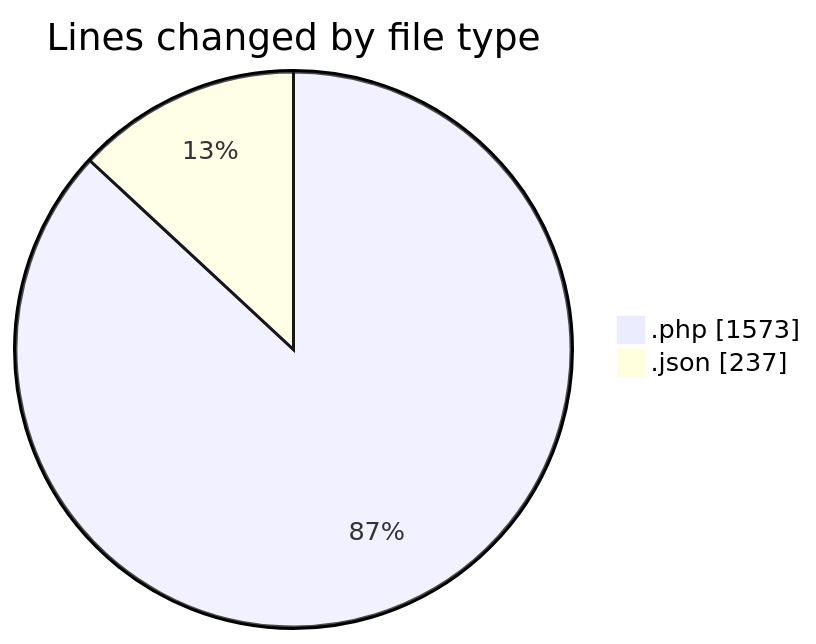
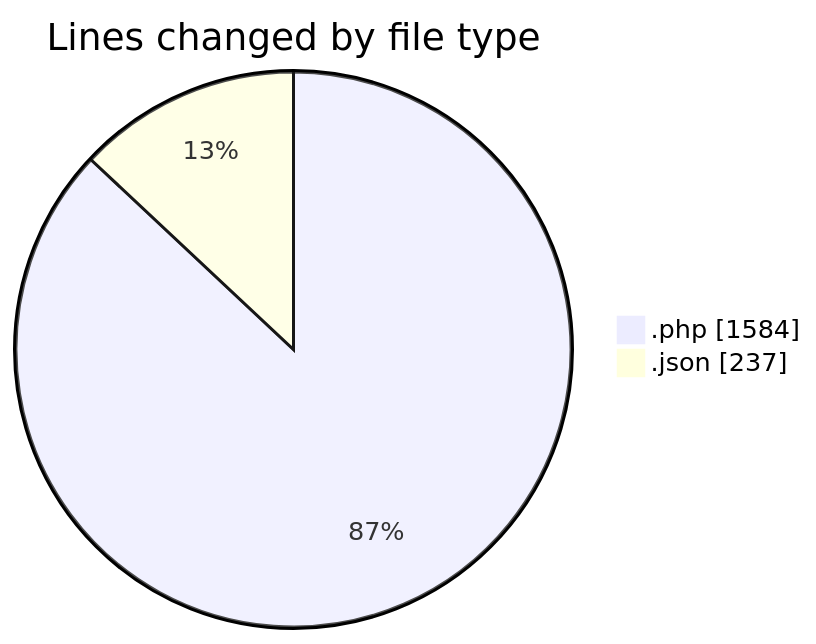
Before and after one commit to idhammustaqopulfikri/code-tracking: the first of 2 diagrams in 2025-06-20/studio-backend/README.md, drawn with Mermaid. The commit also changed other lines of this file and 1 other file, not shown here.

````diff
--- a/2025-06-20/studio-backend/README.md
+++ b/2025-06-20/studio-backend/README.md
@@ -22,6 +22,6 @@
 ```mermaid
 pie showData
 title Lines changed by file type
-".php" : 1573
+".php" : 1584
 ".json" : 237
 ```
````
